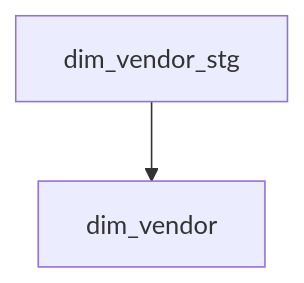
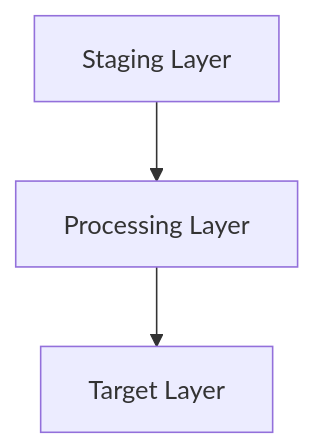
One commit to nimbleapproach/dojo-dbx-adf changed the second of 2 diagrams in databricks_cicd/README MASTER DATA MANAGEMENT.md. Above: the diagram before and after it, drawn with Mermaid. The commit also changed other lines of this file, not shown here.

Commit message:
add mermaid diagram

````diff
--- a/databricks_cicd/README MASTER DATA MANAGEMENT.md
+++ b/databricks_cicd/README MASTER DATA MANAGEMENT.md
@@ -64,4 +67,5 @@
-:::mermaid
+```mermaid
 graph TD
-    A[dim_vendor_stg] --> B[dim_vendor]
-:::
+    A[Staging Layer] --> B[Processing Layer]
+    B --> C[Target Layer]
+```
````
